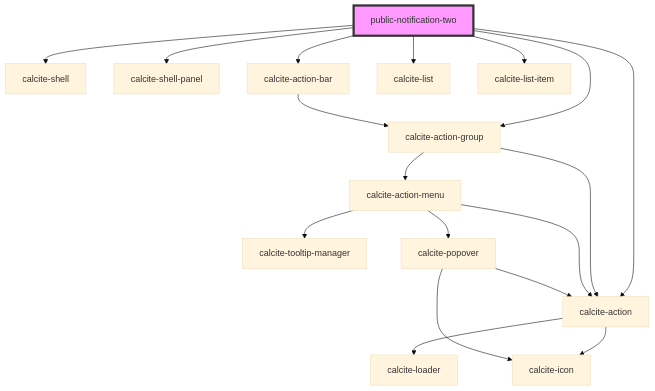
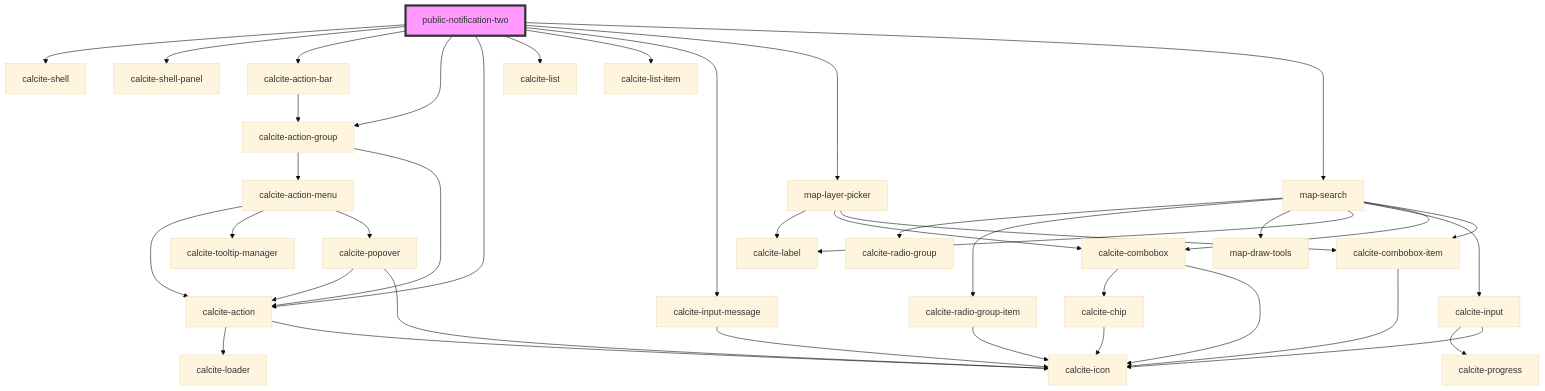
Before and after one commit to Esri/solutions-components: the diagram in src/components/public-notification-two/readme.md, drawn with Mermaid (base theme). The commit also changed other lines of this file and 13 other files, not shown here.

````diff
--- a/src/components/public-notification-two/readme.md
+++ b/src/components/public-notification-two/readme.md
@@ -29,21 +35,42 @@
 ```mermaid
 graph TD;
   public-notification-two --> calcite-shell
   public-notification-two --> calcite-shell-panel
   public-notification-two --> calcite-action-bar
   public-notification-two --> calcite-action-group
   public-notification-two --> calcite-action
   public-notification-two --> calcite-list
   public-notification-two --> calcite-list-item
+  public-notification-two --> calcite-input-message
+  public-notification-two --> map-layer-picker
+  public-notification-two --> map-search
   calcite-action-bar --> calcite-action-group
   calcite-action-group --> calcite-action-menu
   calcite-action-group --> calcite-action
   calcite-action-menu --> calcite-action
   calcite-action-menu --> calcite-tooltip-manager
   calcite-action-menu --> calcite-popover
   calcite-action --> calcite-loader
   calcite-action --> calcite-icon
   calcite-popover --> calcite-action
   calcite-popover --> calcite-icon
+  calcite-input-message --> calcite-icon
+  map-layer-picker --> calcite-label
+  map-layer-picker --> calcite-combobox
+  map-layer-picker --> calcite-combobox-item
+  calcite-combobox --> calcite-chip
+  calcite-combobox --> calcite-icon
+  calcite-chip --> calcite-icon
+  calcite-combobox-item --> calcite-icon
+  map-search --> calcite-radio-group
+  map-search --> calcite-radio-group-item
+  map-search --> map-draw-tools
+  map-search --> calcite-label
+  map-search --> calcite-input
+  map-search --> calcite-combobox
+  map-search --> calcite-combobox-item
+  calcite-radio-group-item --> calcite-icon
+  calcite-input --> calcite-progress
+  calcite-input --> calcite-icon
   style public-notification-two fill:#f9f,stroke:#333,stroke-width:4px
 ```
````
